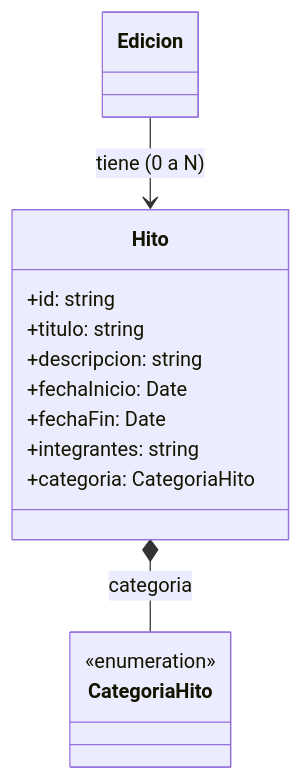
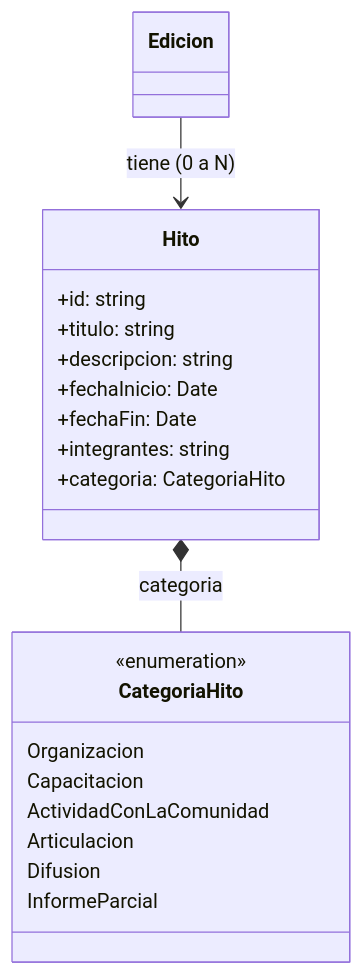
Before and after one commit to TPP-UBANEX/UBANEX: the seventh of 10 diagrams in docs/dominio/modelo.md, drawn with Mermaid. The commit also changed other lines of this file and 3 other files, not shown here.

````diff
--- a/docs/dominio/modelo.md
+++ b/docs/dominio/modelo.md
@@ -557,19 +599,25 @@
 ```mermaid
 classDiagram
     class Hito {
         +id: string
         +titulo: string
         +descripcion: string
         +fechaInicio: Date
         +fechaFin: Date
         +integrantes: string
         +categoria: CategoriaHito
     }
 
     class CategoriaHito {
         <<enumeration>>
+        Organizacion
+        Capacitacion
+        ActividadConLaComunidad
+        Articulacion
+        Difusion
+        InformeParcial
     }
 
     Edicion --> Hito : tiene (0 a N)
     Hito *-- CategoriaHito : categoria
 ```
````
